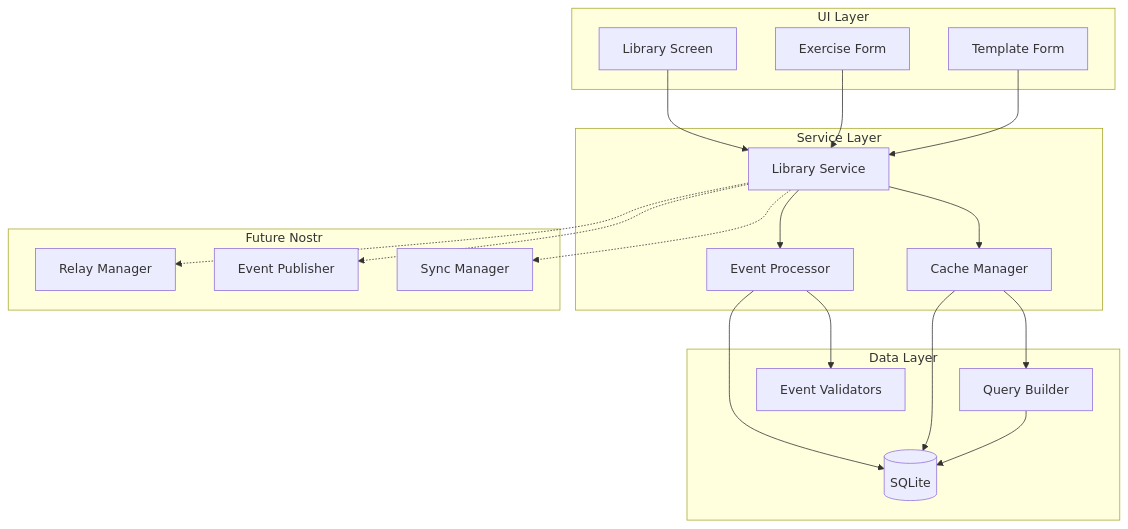
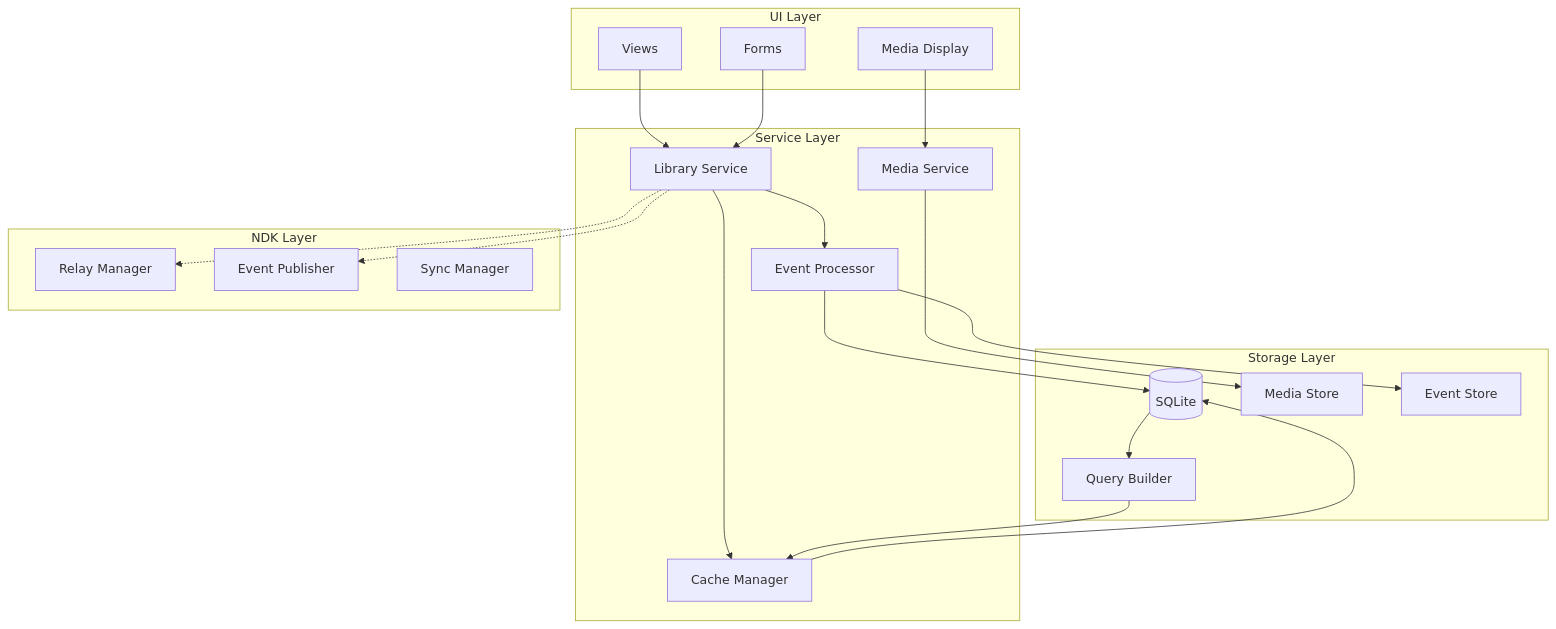
The fourth of 4 diagrams in docs/design/database_architecture.md (DocNR/POWR), drawn with Mermaid before and after one commit. The commit also changed other lines of this file and 1 other file, not shown here.

````diff
--- a/docs/design/database_architecture.md
+++ b/docs/design/database_architecture.md
@@ -158,45 +197,46 @@
 ```mermaid
 graph TB
     subgraph UI Layer
-        A[Library Screen]
-        B[Exercise Form]
-        C[Template Form]
+        A[Views]
+        B[Forms]
+        C[Media Display]
     end
     
     subgraph Service Layer
         D[Library Service]
         E[Event Processor]
         F[Cache Manager]
+        G[Media Service]
     end
     
-    subgraph Data Layer
-        G[(SQLite)]
-        H[Query Builder]
-        I[Event Validators]
+    subgraph Storage Layer
+        H[(SQLite)]
+        I[Media Store]
+        J[Event Store]
+        K[Query Builder]
     end
     
-    subgraph Future Nostr
-        J[Relay Manager]
-        K[Event Publisher]
-        L[Sync Manager]
+    subgraph NDK Layer
+        L[Relay Manager]
+        M[Event Publisher]
+        N[Sync Manager]
     end
     
     A --> D
     B --> D
-    C --> D
+    C --> G
     
     D --> E
     D --> F
     
-    E --> I
-    E --> G
+    E --> H
+    E --> J
+    F --> H
+    G --> I
     
-    F --> G
-    F --> H
+    D -.-> L
+    D -.-> M
     
-    H --> G
-    
-    D -.-> J
-    D -.-> K
-    D -.-> L
+    H --> K
+    K --> F
 ```
````
